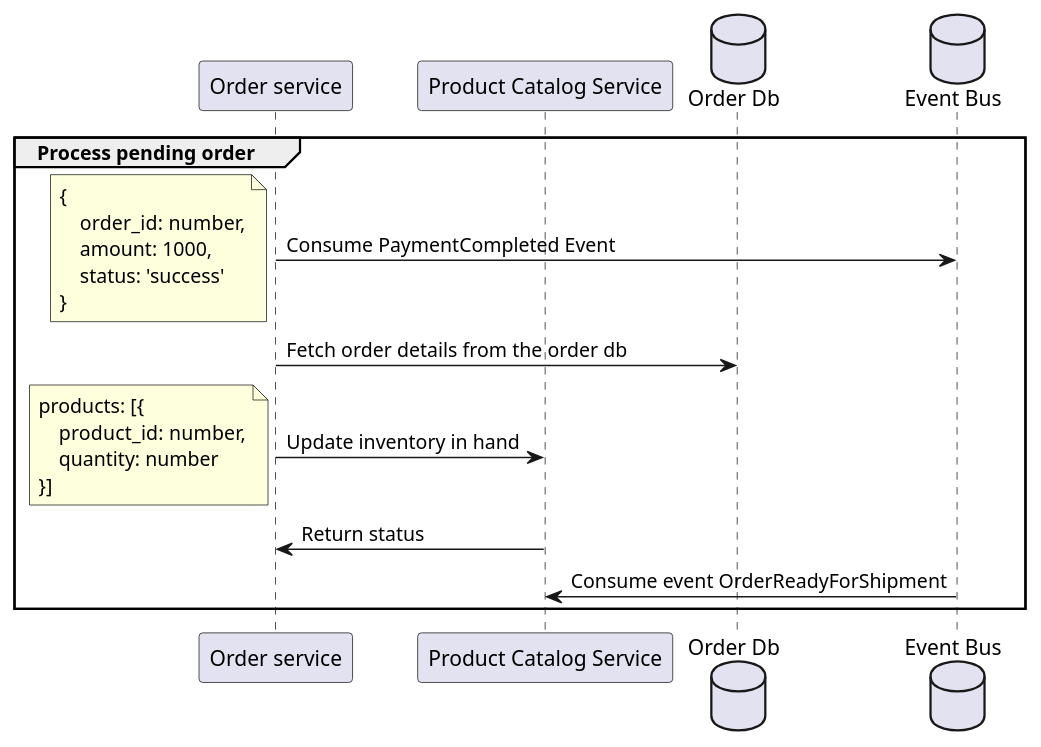
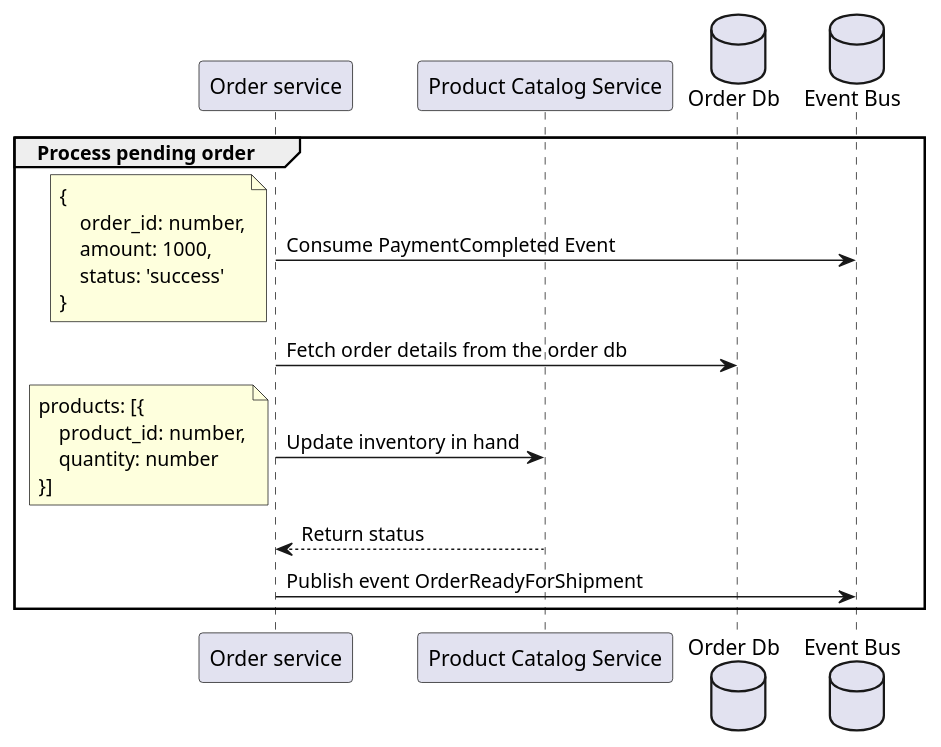
One commit to pragashonlink/saas-shop-architecture changed the diagram in sequence-diagram/order.puml. Above: the diagram before and after it, drawn with PlantUML. The commit also changed 2 other files, not shown here.

Commit message:
alter the order sequence diagram

```diff
--- a/sequence-diagram/order.puml
+++ b/sequence-diagram/order.puml
@@ -1,34 +1,34 @@
 @startuml
 'https://plantuml.com/sequence-diagram
 
 participant "Order service" as order
 participant "Product Catalog Service" as product
 database "Order Db" as orderDb
 database "Event Bus" as kafka
 
 group Process pending order
 
     order -> kafka : Consume PaymentCompleted Event
     note left
         {
             order_id: number,
             amount: 1000,
             status: 'success'
         }
     end note
     order -> orderDb : Fetch order details from the order db
 
     order -> product : Update inventory in hand
     note left
         products: [{
             product_id: number,
             quantity: number
         }]
     end note
 
-    product -> order : Return status
+    product --> order : Return status
 
-    kafka -> product : Consume event OrderReadyForShipment
+    order -> kafka : Publish event OrderReadyForShipment
 end
 
 @enduml
```
